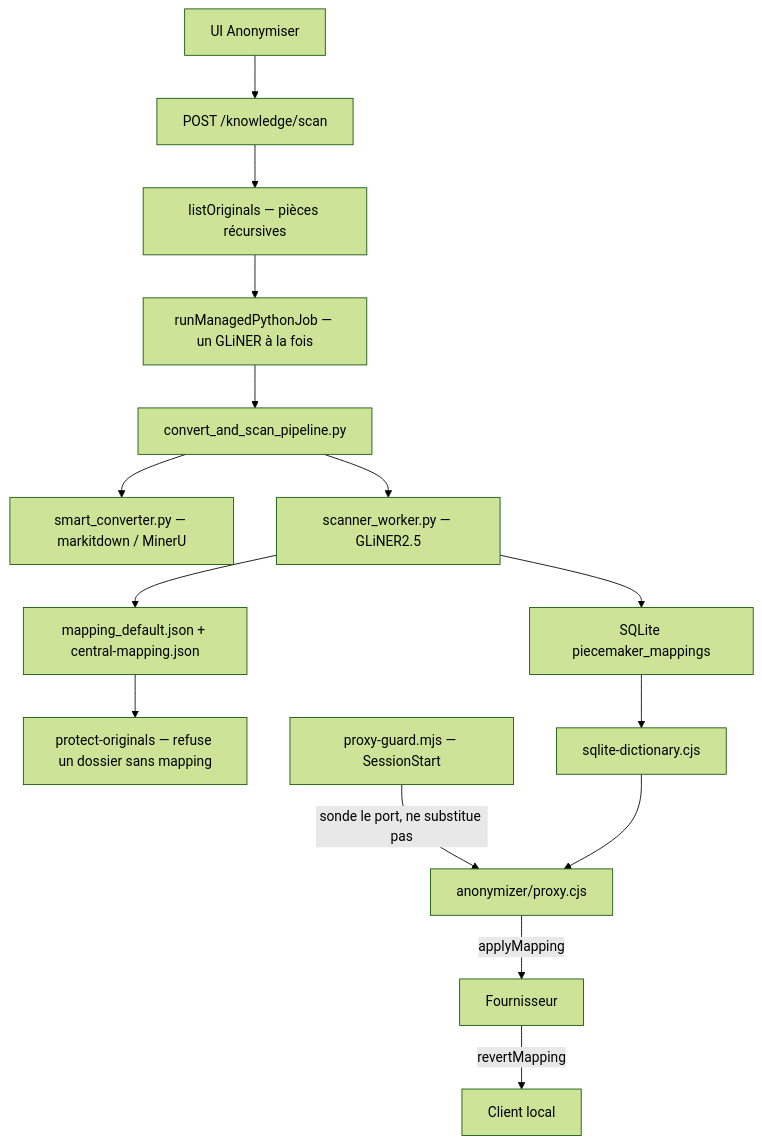
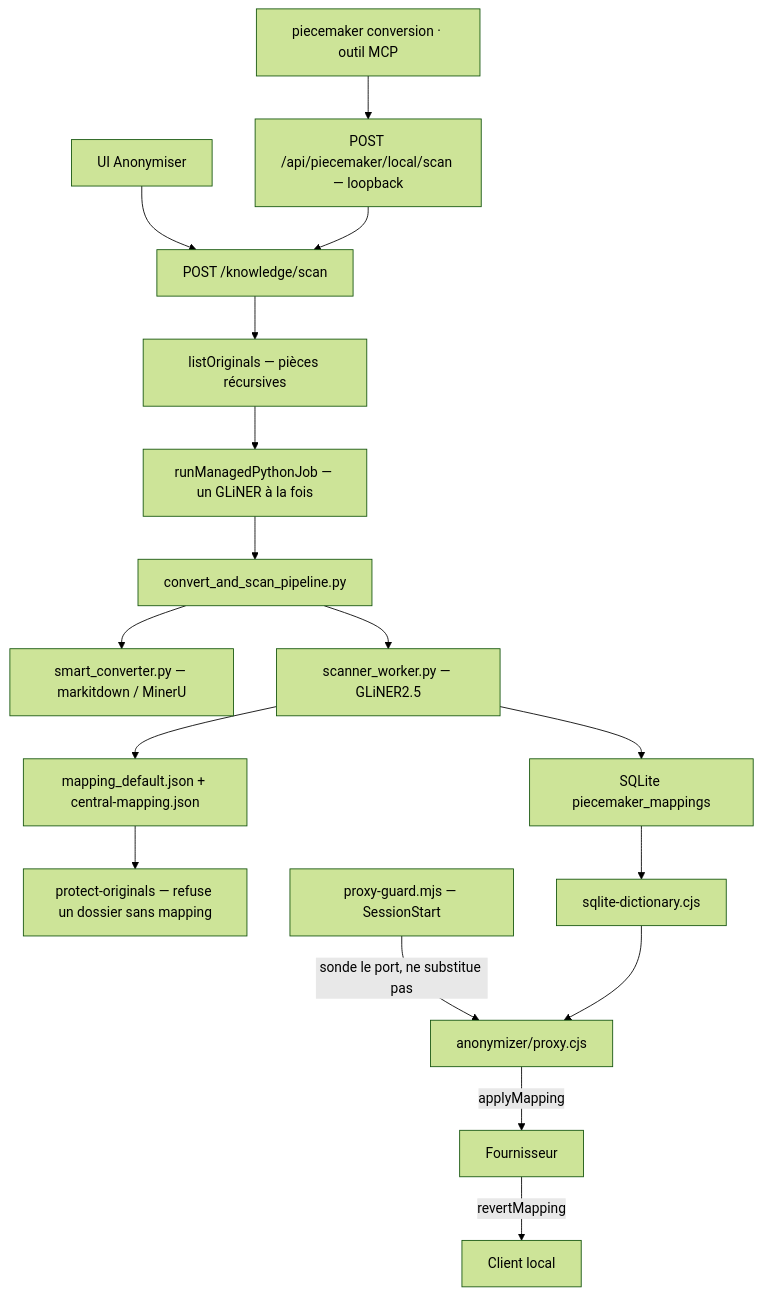
The diagram in docs/anonymisation.md (PieceMaker-Legal/piecemaker-droit-francais), drawn with Mermaid (forest theme) before and after one commit. The commit also changed other lines of this file and 13 other files, not shown here.

````diff
--- a/docs/anonymisation.md
+++ b/docs/anonymisation.md
@@ -14,17 +15,19 @@
 ```mermaid
 flowchart TD
   UI["UI Anonymiser"] --> API["POST /knowledge/scan"]
+  CLI["piecemaker conversion · outil MCP"] --> LOCAL["POST /api/piecemaker/local/scan — loopback"]
+  LOCAL --> API
   API --> LIST["listOriginals — pièces récursives"]
   LIST --> LOCK["runManagedPythonJob — un GLiNER à la fois"]
   LOCK --> PY["convert_and_scan_pipeline.py"]
   PY --> MD["smart_converter.py — markitdown / MinerU"]
   PY --> SCAN["scanner_worker.py — GLiNER2.5"]
   SCAN --> JSON["mapping_default.json + central-mapping.json"]
   SCAN --> SQL["SQLite piecemaker_mappings"]
   JSON --> HOOK["protect-originals — refuse un dossier sans mapping"]
   SQL --> DICT["sqlite-dictionary.cjs"]
   GUARD["proxy-guard.mjs — SessionStart"] -->|"sonde le port, ne substitue pas"| PROXY
   DICT --> PROXY["anonymizer/proxy.cjs"]
   PROXY -->|"applyMapping"| UP["Fournisseur"]
   UP -->|"revertMapping"| DOWN["Client local"]
 ```
````
